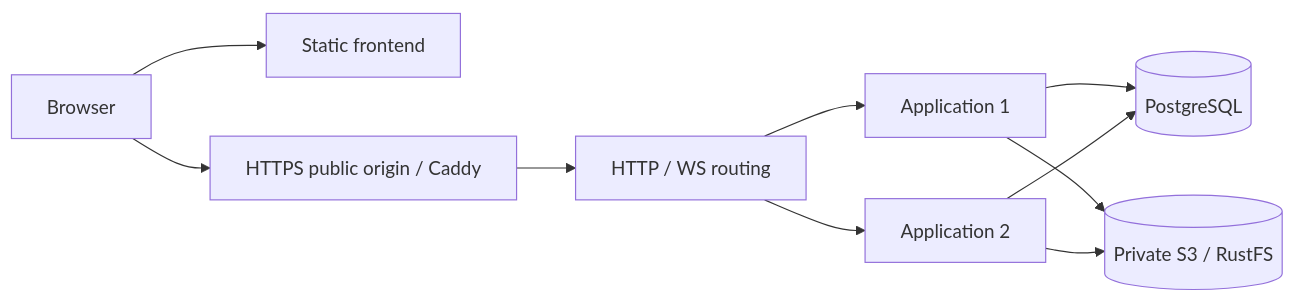
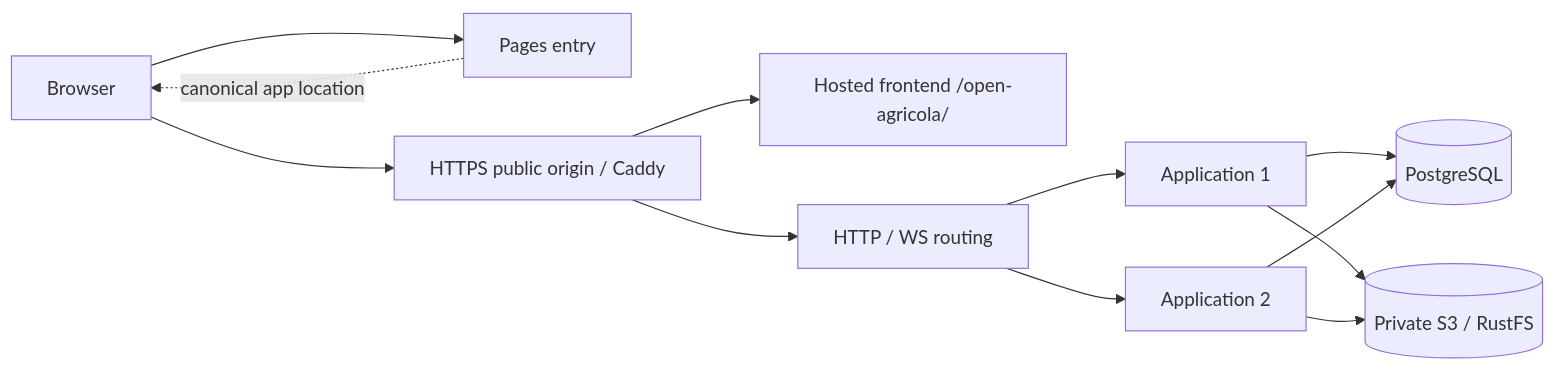
One commit to titanxxh/open-agricola changed the diagram in docs/HOW_TO_DEPLOY.md. Above: the diagram before and after it, drawn with Mermaid. The commit also changed other lines of this file and 25 other files, not shown here.

````diff
--- a/docs/HOW_TO_DEPLOY.md
+++ b/docs/HOW_TO_DEPLOY.md
@@ -9,12 +9,14 @@
 ```mermaid
 flowchart LR
-  Browser --> Pages[Static frontend]
+  Browser --> Pages[Pages entry]
+  Pages -. canonical app location .-> Browser
   Browser --> Ingress[HTTPS public origin / Caddy]
+  Ingress --> Frontend[Hosted frontend /open-agricola/]
   Ingress --> Router[HTTP / WS routing]
   Router --> A[Application 1]
   Router --> B[Application 2]
   A --> PG[(PostgreSQL)]
   B --> PG
   A --> S3[(Private S3 / RustFS)]
   B --> S3
 ```
````
